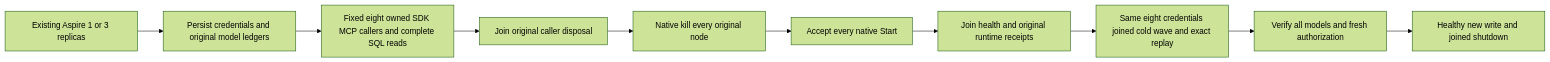
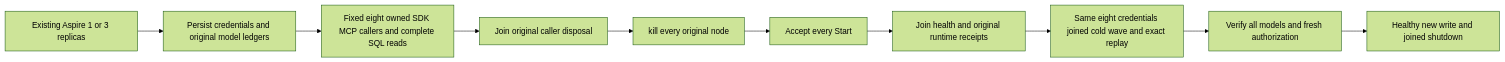
The diagram in docs/Features/DatabaseComposition/FunctionalDatabaseColdReopen.md (managedcode/KeyLoad), drawn with Mermaid (forest theme) before and after one commit. The commit also changed other lines of this file and 9016 other files, not shown here.

````diff
--- a/docs/Features/DatabaseComposition/FunctionalDatabaseColdReopen.md
+++ b/docs/Features/DatabaseComposition/FunctionalDatabaseColdReopen.md
@@ -164,12 +164,12 @@
 ```mermaid
 flowchart LR
     A[Existing Aspire 1 or 3 replicas] --> B[Persist credentials and original model ledgers]
     B --> C[Fixed eight owned SDK MCP callers and complete SQL reads]
     C --> D[Join original caller disposal]
-    D --> E[Native kill every original node]
-    E --> F[Accept every native Start]
+    D --> E[kill every original node]
+    E --> F[Accept every Start]
     F --> G[Join health and original runtime receipts]
     G --> H[Same eight credentials joined cold wave and exact replay]
     H --> I[Verify all models and fresh authorization]
     I --> J[Healthy new write and joined shutdown]
 ```
````
